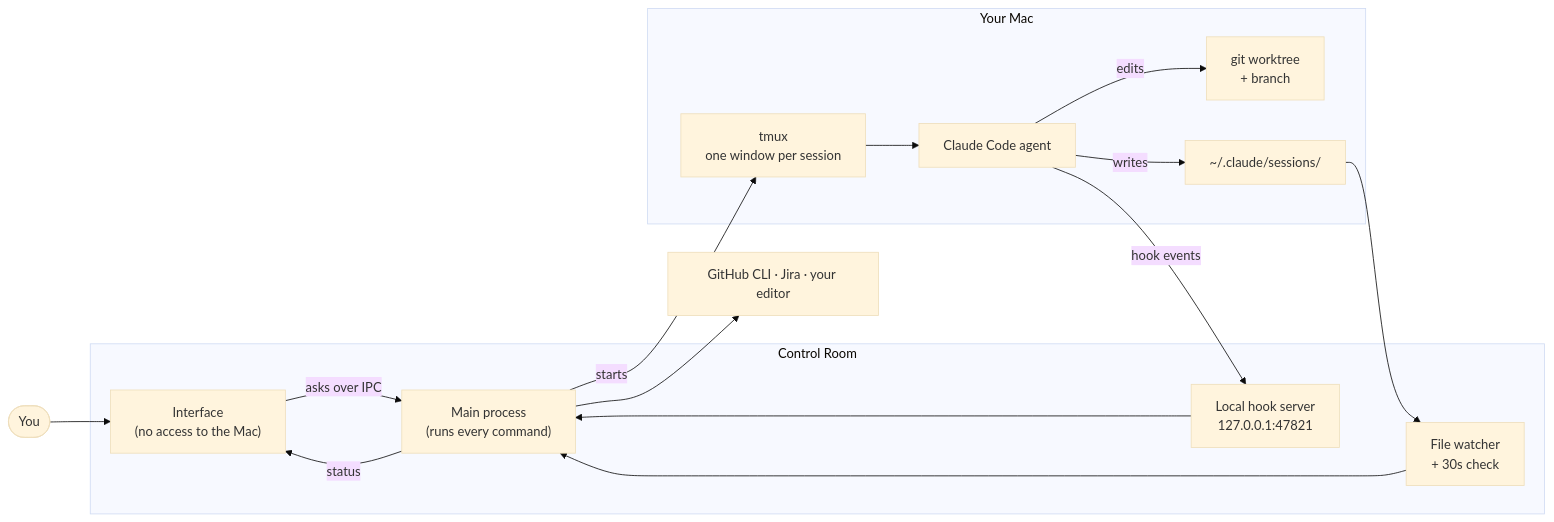
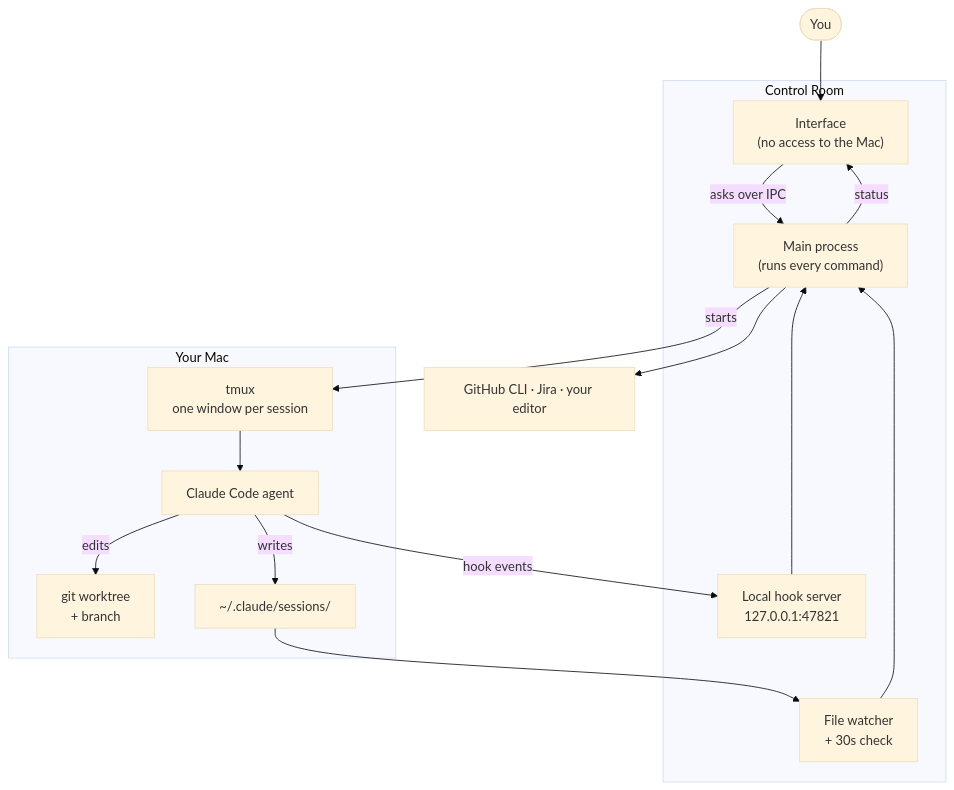
The diagram in src/posts/building-control-room.md (bradleycorrigan/11ty-site), drawn with Mermaid (base theme) before and after one commit. The commit also changed other lines of this file and 30 other files, not shown here.

First line of the commit message:
Tidy sidebar, restyle diagrams, fix stale styles

````diff
--- a/src/posts/building-control-room.md
+++ b/src/posts/building-control-room.md
@@ -54,29 +51,29 @@
 ```mermaid
-flowchart LR
+flowchart TB
   you(["You"])
   subgraph app["Control Room"]
     ui["Interface<br/>(no access to the Mac)"]
     main["Main process<br/>(runs every command)"]
     hook["Local hook server<br/>127.0.0.1:47821"]
     watch["File watcher<br/>+ 30s check"]
   end
   subgraph mac["Your Mac"]
     tmux["tmux<br/>one window per session"]
     agent["Claude Code agent"]
     wt["git worktree<br/>+ branch"]
     files["~/.claude/sessions/"]
   end
   ext["GitHub CLI · Jira · your editor"]
   you --> ui
   ui -- "asks over IPC" --> main
+  main -- "status" --> ui
+  main --> ext
   main -- "starts" --> tmux
   tmux --> agent
   agent -- "edits" --> wt
+  agent -- "writes" --> files
   agent -- "hook events" --> hook
-  agent -- "writes" --> files
   files --> watch
   hook --> main
   watch --> main
-  main -- "status" --> ui
-  main --> ext
 ```
````
